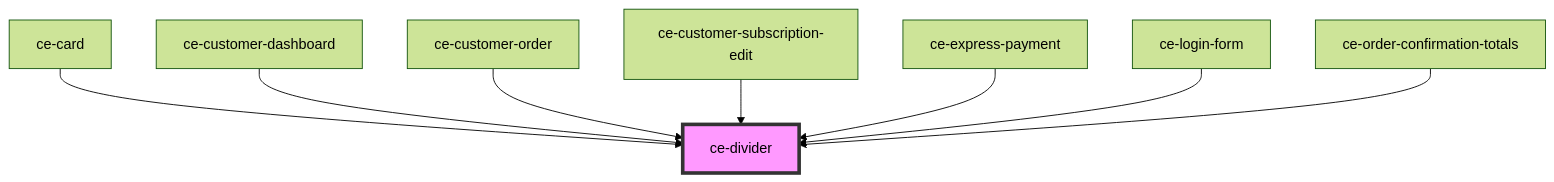
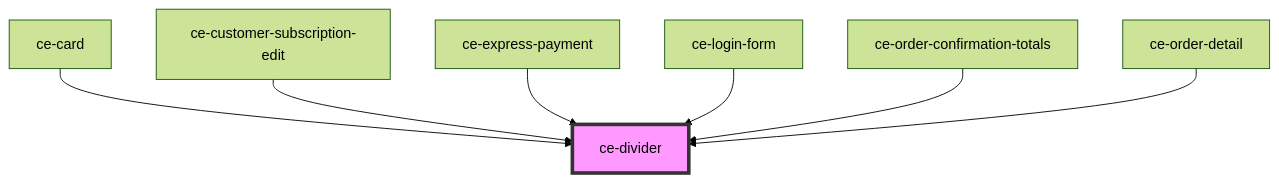
Before and after one commit to surecart/surecart-wp-plugin: the diagram in packages/components/src/components/ui/divider/readme.md, drawn with Mermaid (forest theme). The commit also changed other lines of this file and 162 other files, not shown here.

````diff
--- a/packages/components/src/components/ui/divider/readme.md
+++ b/packages/components/src/components/ui/divider/readme.md
@@ -30,11 +29,10 @@
 ```mermaid
 graph TD;
   ce-card --> ce-divider
-  ce-customer-dashboard --> ce-divider
-  ce-customer-order --> ce-divider
   ce-customer-subscription-edit --> ce-divider
   ce-express-payment --> ce-divider
   ce-login-form --> ce-divider
   ce-order-confirmation-totals --> ce-divider
+  ce-order-detail --> ce-divider
   style ce-divider fill:#f9f,stroke:#333,stroke-width:4px
 ```
````
